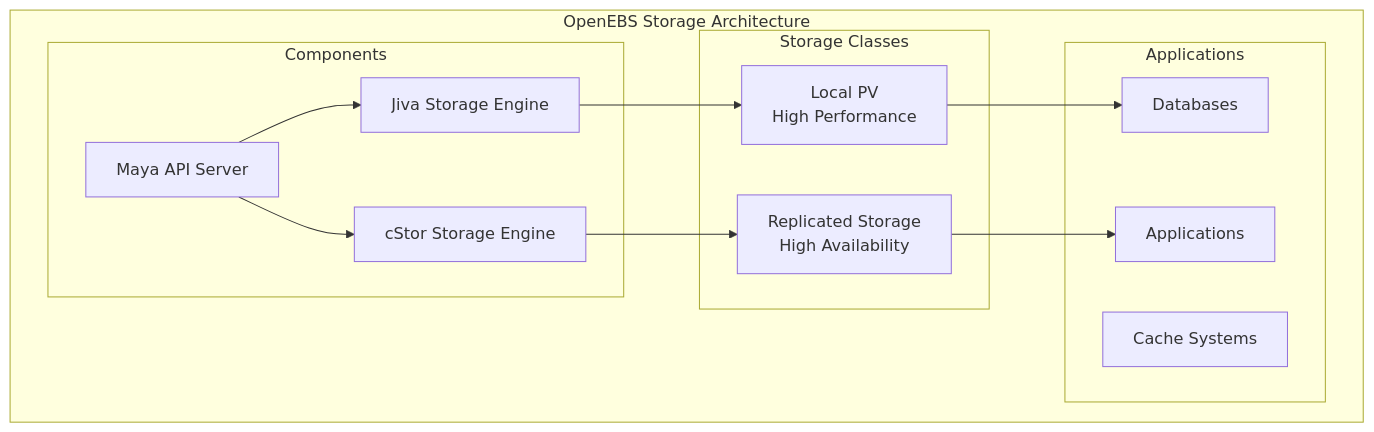
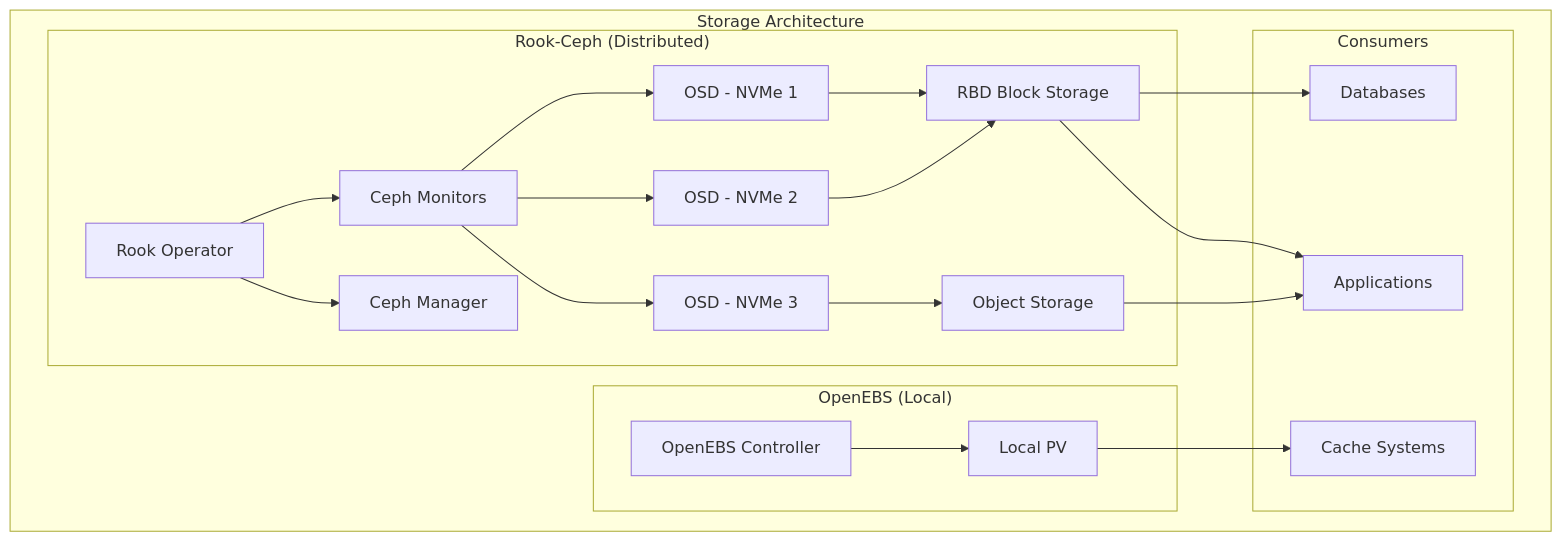
One commit to enchantednatures/HomeCluster changed the fourth of 5 diagrams in docs/kubernetes-infrastructure.md. Above: the diagram before and after it, drawn with Mermaid. The commit also changed other lines of this file and 9 other files, not shown here.

Commit message:
docs: update architecture and infrastructure documentation

````diff
--- a/docs/kubernetes-infrastructure.md
+++ b/docs/kubernetes-infrastructure.md
@@ -270,28 +281,40 @@
 ```mermaid
 graph TB
-    subgraph "OpenEBS Storage Architecture"
-        subgraph "Storage Classes"
-            LOCAL[Local PV<br/>High Performance]
-            REPLICATED[Replicated Storage<br/>High Availability]
+    subgraph "Storage Architecture"
+        subgraph "Rook-Ceph (Distributed)"
+            OPERATOR[Rook Operator]
+            OSD1[OSD - NVMe 1]
+            OSD2[OSD - NVMe 2]
+            OSD3[OSD - NVMe 3]
+            MON[Ceph Monitors]
+            MGR[Ceph Manager]
+            RBD[RBD Block Storage]
+            OBJ[Object Storage]
         end
-        
-        subgraph "Components"
-            MAYA[Maya API Server]
-            CSTOR[cStor Storage Engine]
-            JIVA[Jiva Storage Engine]
+
+        subgraph "OpenEBS (Local)"
+            OPENEBS[OpenEBS Controller]
+            LOCAL[Local PV]
         end
-        
-        subgraph "Applications"
+
+        subgraph "Consumers"
             DB[Databases]
             APPS[Applications]
             CACHE[Cache Systems]
         end
     end
-    
-    LOCAL --> DB
-    REPLICATED --> APPS
-    MAYA --> CSTOR
-    MAYA --> JIVA
-    CSTOR --> REPLICATED
-    JIVA --> LOCAL
+
+    OPERATOR --> MON
+    OPERATOR --> MGR
+    MON --> OSD1
+    MON --> OSD2
+    MON --> OSD3
+    OSD1 --> RBD
+    OSD2 --> RBD
+    OSD3 --> OBJ
+    RBD --> DB
+    RBD --> APPS
+    OBJ --> APPS
+    OPENEBS --> LOCAL
+    LOCAL --> CACHE
 ```
````
